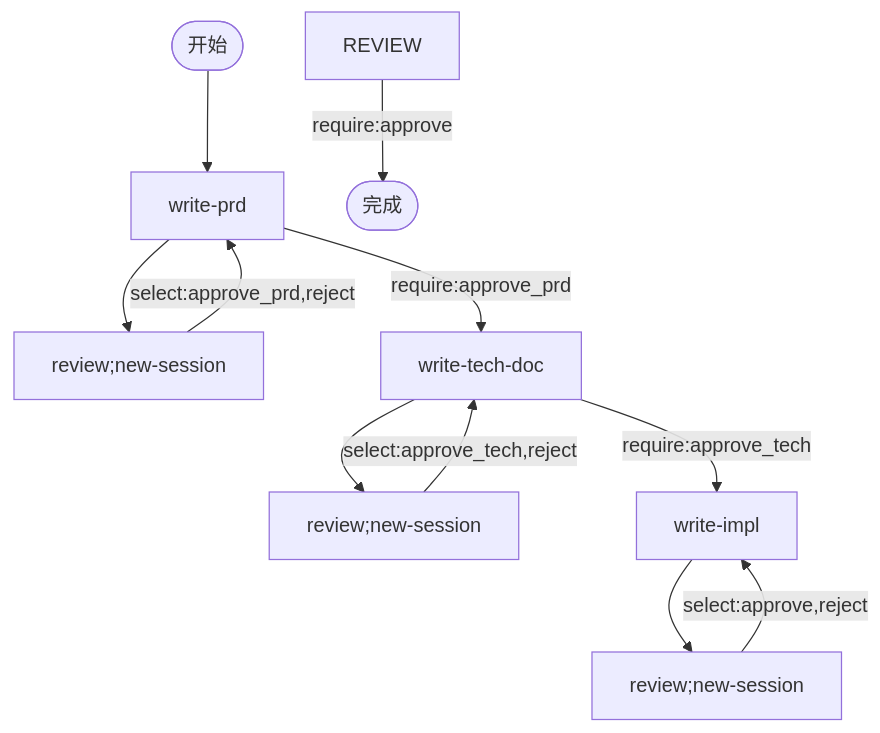
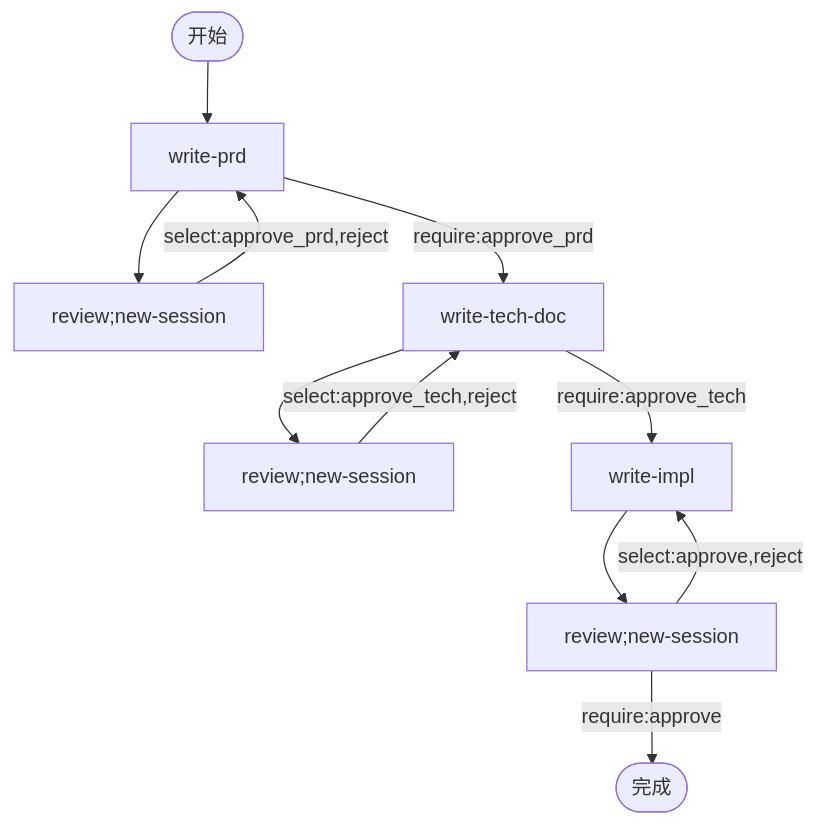
Before and after one commit to MiyakoMeow/neco: the diagram in progress/REQUIREMENT.md, drawn with Mermaid.

Commit message:
fix: prd workflow

````diff
--- a/progress/REQUIREMENT.md
+++ b/progress/REQUIREMENT.md
@@ -266,16 +266,16 @@
 ```mermaid
 flowchart TD
     START([开始]) --> WRITE_PRD[write-prd]
 
     WRITE_PRD --> REVIEW_PRD[review;new-session]
     REVIEW_PRD -->|select:approve_prd,reject| WRITE_PRD
     WRITE_PRD -->|require:approve_prd| WRITE_TECH_DOC[write-tech-doc]
 
     WRITE_TECH_DOC --> REVIEW_TECH_DOC[review;new-session]
     REVIEW_TECH_DOC -->|select:approve_tech,reject| WRITE_TECH_DOC
     WRITE_TECH_DOC -->|require:approve_tech| WRITE_IMPL[write-impl]
     
     WRITE_IMPL --> REVIEW_IMPL[review;new-session]
     REVIEW_IMPL -->|select:approve,reject| WRITE_IMPL
-    REVIEW -->|require:approve| END([完成])
+    REVIEW_IMPL -->|require:approve| END([完成])
 ```
````
